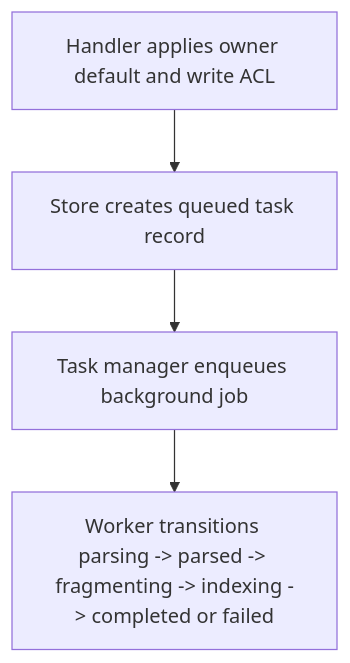
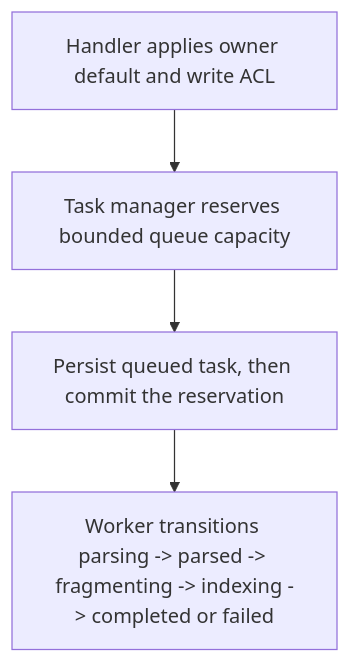
Before and after one commit to dickwu/nowledge: the diagram in doc/api/post_v1_ingest_tasks.md, drawn with Mermaid. The commit also changed other lines of this file and 44 other files, not shown here.

````diff
--- a/doc/api/post_v1_ingest_tasks.md
+++ b/doc/api/post_v1_ingest_tasks.md
@@ -27,8 +41,8 @@
 ```mermaid
 flowchart TD
   n1["Handler applies owner default and write ACL"]
-  n2["Store creates queued task record"]
-  n3["Task manager enqueues background job"]
+  n2["Task manager reserves bounded queue capacity"]
+  n3["Persist queued task, then commit the reservation"]
   n4["Worker transitions parsing -> parsed -> fragmenting -> indexing -> completed or failed"]
   n1 --> n2 --> n3 --> n4
 ```
````
